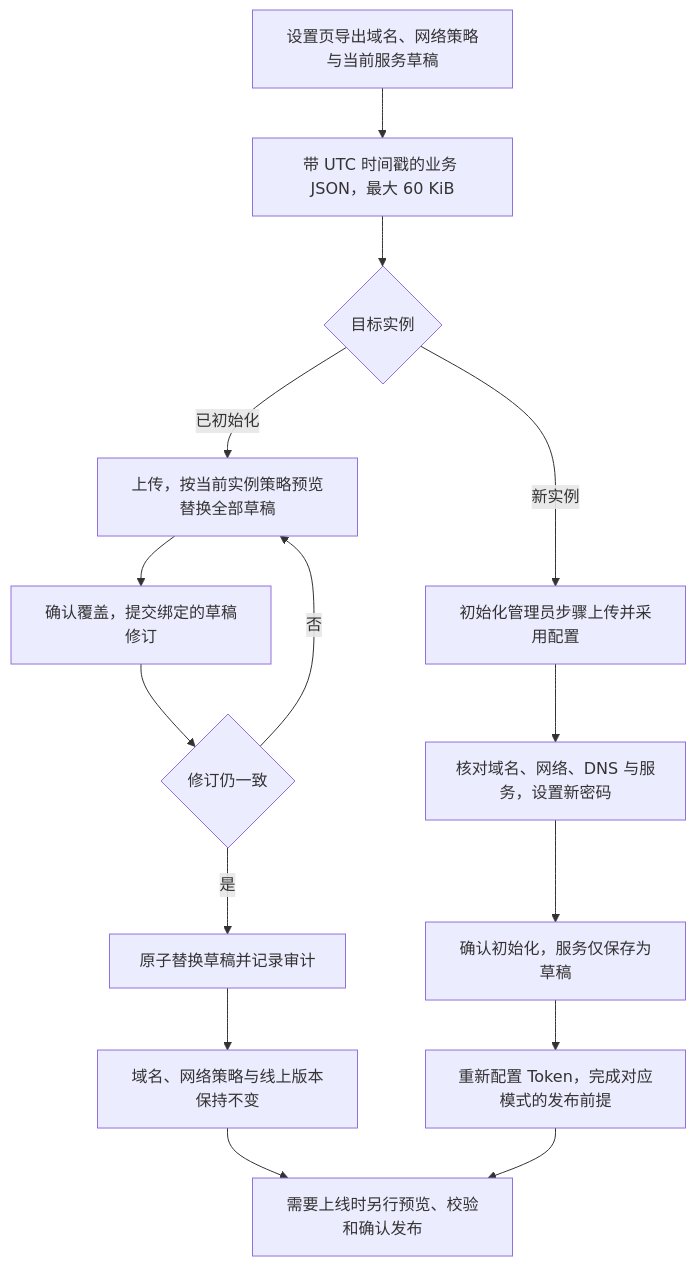
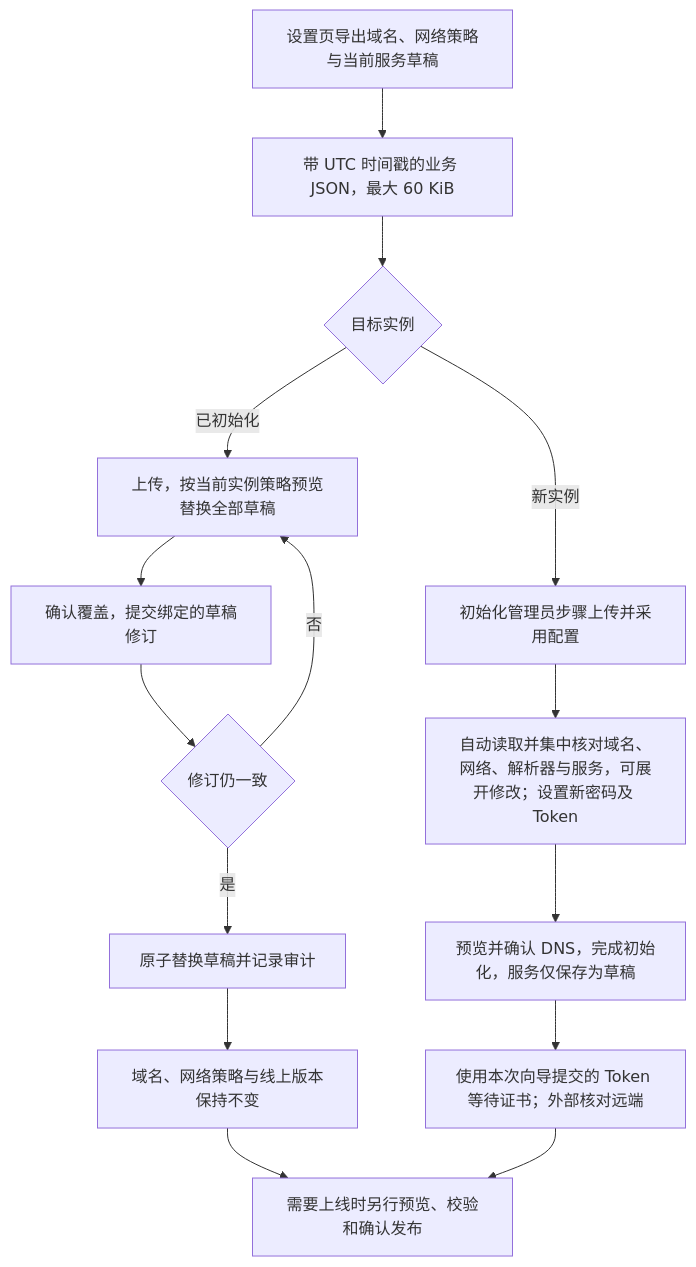
One commit to gofxq/caddy_admin changed the fifth of 5 diagrams in docs/product-user-flow-review.md. Above: the diagram before and after it, drawn with Mermaid. The commit also changed other lines of this file and 73 other files, not shown here.

````diff
--- a/docs/product-user-flow-review.md
+++ b/docs/product-user-flow-review.md
@@ -161,17 +178,17 @@
 ```mermaid
 flowchart TD
     EXPORT[设置页导出域名、网络策略与当前服务草稿] --> FILE[带 UTC 时间戳的业务 JSON，最大 60 KiB]
     FILE --> TARGET{目标实例}
     TARGET -->|已初始化| UPLOAD[上传，按当前实例策略预览替换全部草稿]
     UPLOAD --> CONFIRM[确认覆盖，提交绑定的草稿修订]
     CONFIRM --> CONFLICT{修订仍一致}
     CONFLICT -->|否| UPLOAD
     CONFLICT -->|是| DRAFT[原子替换草稿并记录审计]
     DRAFT --> PRESERVE[域名、网络策略与线上版本保持不变]
     PRESERVE --> PUBLISH[需要上线时另行预览、校验和确认发布]
     TARGET -->|新实例| SETUP[初始化管理员步骤上传并采用配置]
-    SETUP --> REVIEW[核对域名、网络、DNS 与服务，设置新密码]
-    REVIEW --> INIT[确认初始化，服务仅保存为草稿]
-    INIT --> TOKEN[重新配置 Token，完成对应模式的发布前提]
+    SETUP --> REVIEW[自动读取并集中核对域名、网络、解析器与服务，可展开修改；设置新密码及 Token]
+    REVIEW --> INIT[预览并确认 DNS，完成初始化，服务仅保存为草稿]
+    INIT --> TOKEN[使用本次向导提交的 Token 等待证书；外部核对远端]
     TOKEN --> PUBLISH
 ```
````
